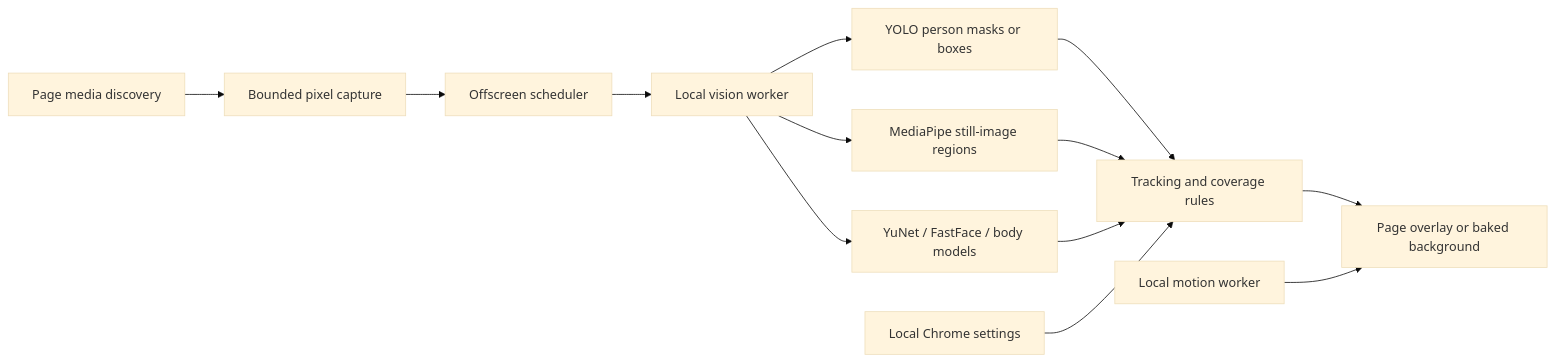
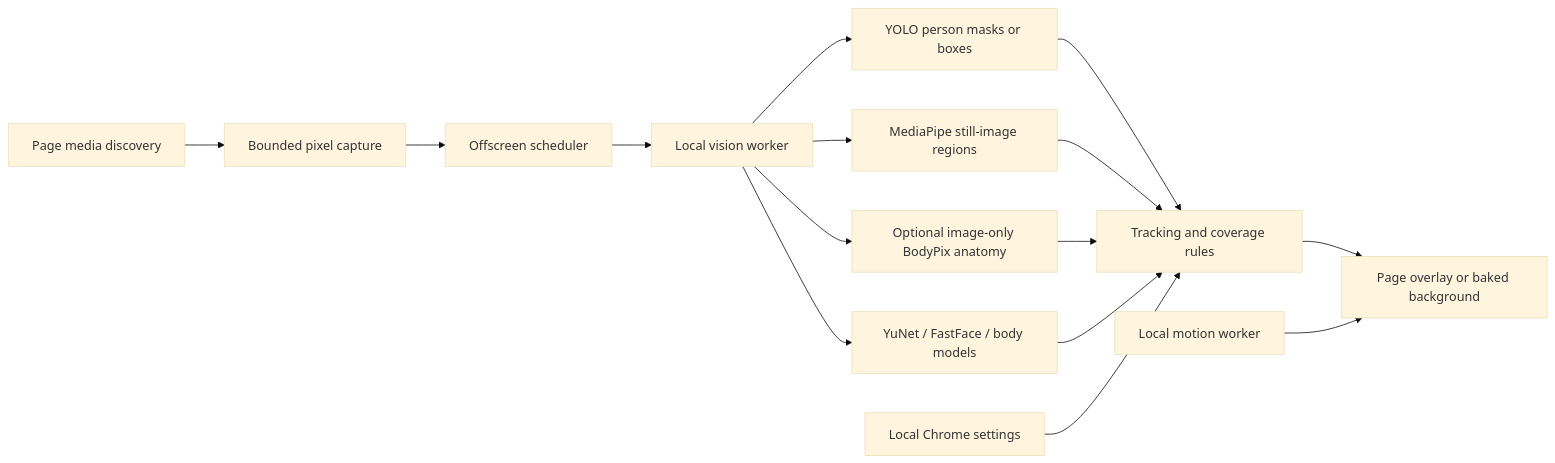
Before and after one commit to tantour/sitr: the diagram in docs/ARCHITECTURE.md, drawn with Mermaid (base theme). The commit also changed other lines of this file and 68 other files, not shown here.

````diff
--- a/docs/ARCHITECTURE.md
+++ b/docs/ARCHITECTURE.md
@@ -6,15 +6,17 @@
 ```mermaid
 flowchart LR
   Page[Page media discovery] --> Capture[Bounded pixel capture]
   Capture --> Host[Offscreen scheduler]
   Host --> Vision[Local vision worker]
   Vision --> Person[YOLO person masks or boxes]
   Vision --> Semantic[MediaPipe still-image regions]
+  Vision --> Anatomy[Optional image-only BodyPix anatomy]
   Vision --> Appearance[YuNet / FastFace / body models]
   Person --> Rules[Tracking and coverage rules]
   Semantic --> Rules
+  Anatomy --> Rules
   Appearance --> Rules
   Rules --> Render[Page overlay or baked background]
   Motion[Local motion worker] --> Render
   Settings[Local Chrome settings] --> Rules
 ```
````
